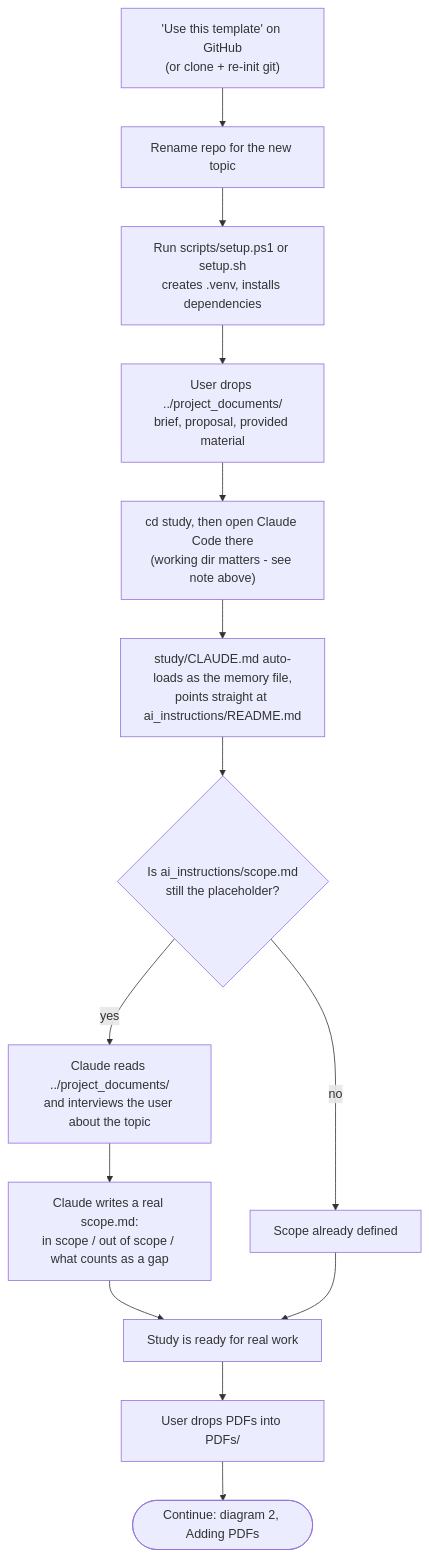
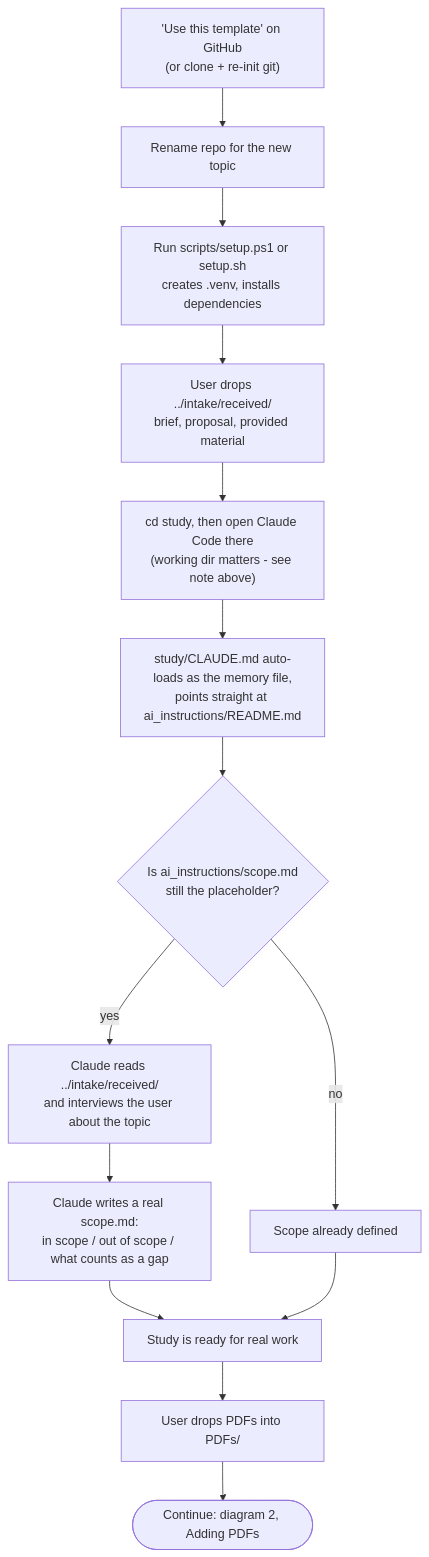
Before and after one commit to jonaHaggarde/literature_study_template: the first of 5 diagrams in study/workflow-diagram.md, drawn with Mermaid. The commit also changed other lines of this file and 27 other files, not shown here.

Commit message:
Move project_documents into intake/received (own/ for self-written, source-access.md moves there), convert_intake.py converts PDFs next to the original, validator and /intake updated; user's allow rules for article_version

````diff
--- a/study/workflow-diagram.md
+++ b/study/workflow-diagram.md
@@ -24,16 +24,16 @@
 ```mermaid
 flowchart TD
     A["'Use this template' on GitHub<br/>(or clone + re-init git)"] --> B["Rename repo for the new topic"]
     B --> C["Run scripts/setup.ps1 or setup.sh<br/>creates .venv, installs dependencies"]
-    C --> D["User drops ../project_documents/<br/>brief, proposal, provided material"]
+    C --> D["User drops ../intake/received/<br/>brief, proposal, provided material"]
     D --> E["cd study, then open Claude Code there<br/>(working dir matters - see note above)"]
     E --> F["study/CLAUDE.md auto-loads as the memory file,<br/>points straight at ai_instructions/README.md"]
     F --> G{"Is ai_instructions/scope.md<br/>still the placeholder?"}
-    G -- yes --> H["Claude reads ../project_documents/<br/>and interviews the user about the topic"]
+    G -- yes --> H["Claude reads ../intake/received/<br/>and interviews the user about the topic"]
     H --> I["Claude writes a real scope.md:<br/>in scope / out of scope / what counts as a gap"]
     G -- no --> J["Scope already defined"]
     I --> K["Study is ready for real work"]
     J --> K
     K --> L["User drops PDFs into PDFs/"]
     L --> M(["Continue: diagram 2, Adding PDFs"])
 ```
````
